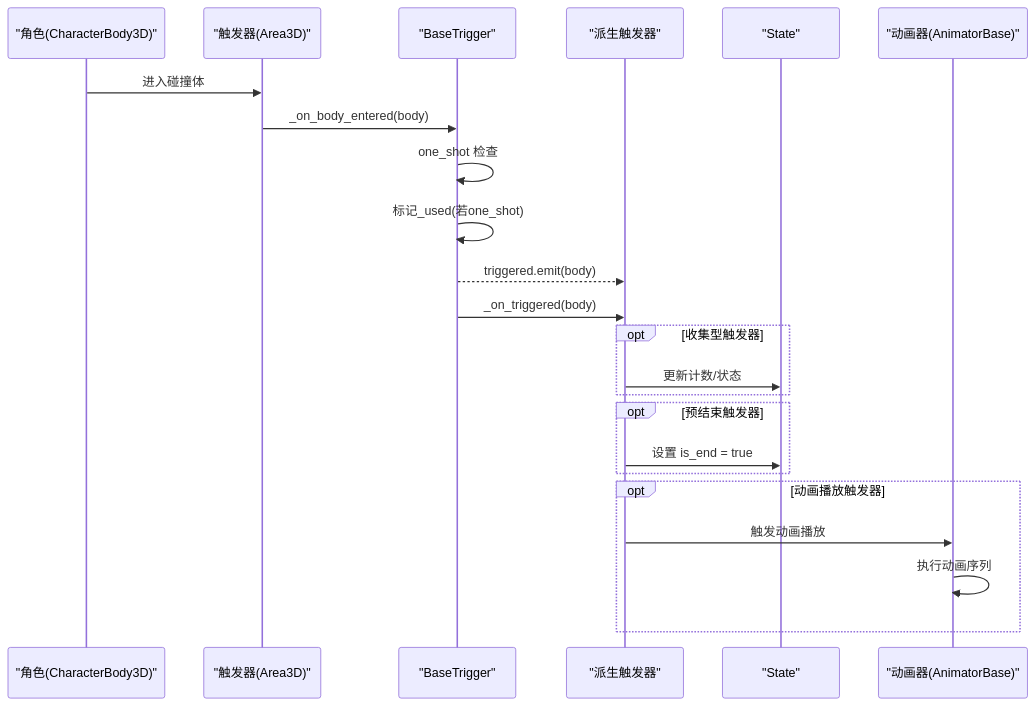
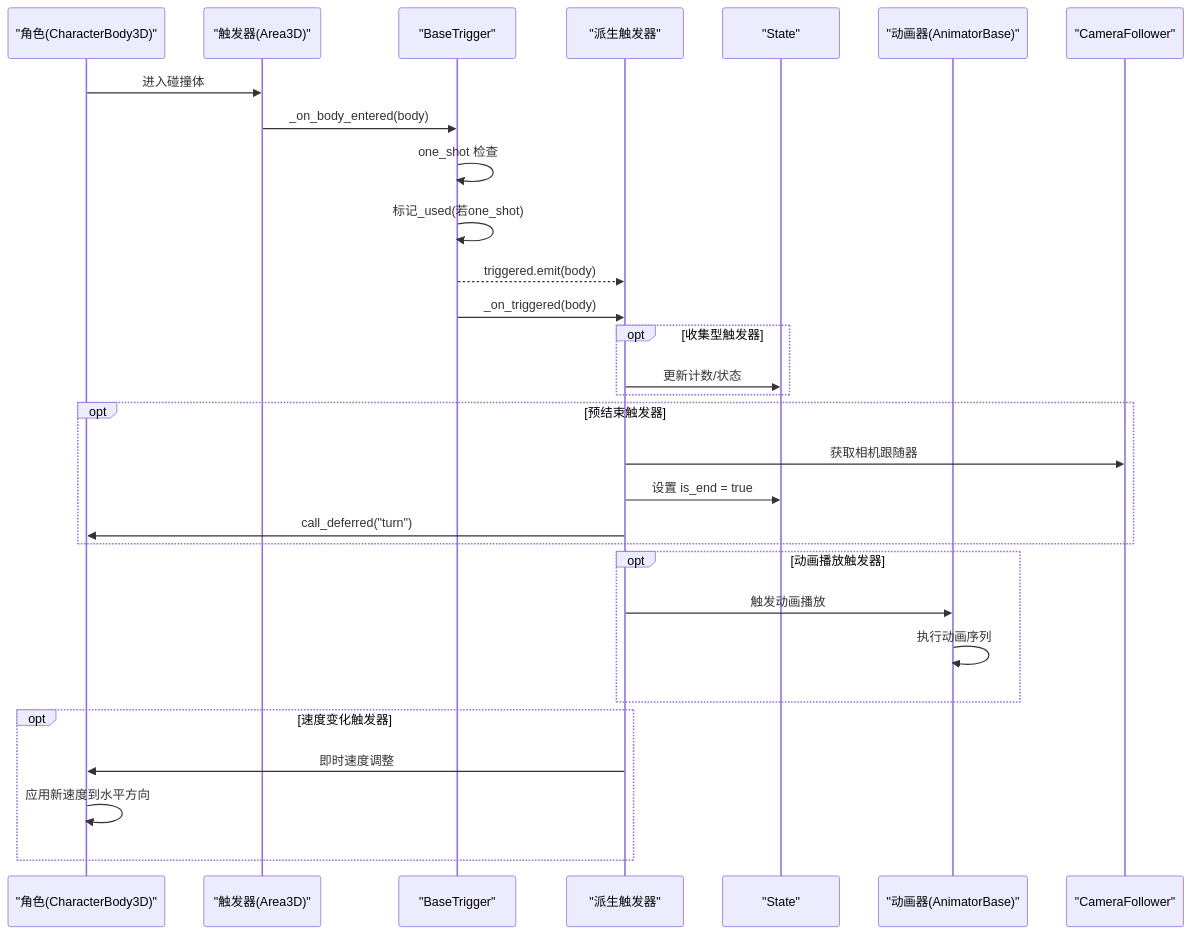
The second of 13 diagrams in .qoder/repowiki/zh/content/游戏系统/触发器系统/触发器系统.md (godotline/godot-line), drawn with Mermaid before and after one commit. The commit also changed other lines of this file and 44 other files, not shown here.

````diff
--- a/.qoder/repowiki/zh/content/游戏系统/触发器系统/触发器系统.md
+++ b/.qoder/repowiki/zh/content/游戏系统/触发器系统/触发器系统.md
@@ -166,25 +174,32 @@
 ```mermaid
 sequenceDiagram
 participant Player as "角色(CharacterBody3D)"
 participant Trigger as "触发器(Area3D)"
 participant Base as "BaseTrigger"
 participant Child as "派生触发器"
 participant State as "State"
 participant Animator as "动画器(AnimatorBase)"
+participant Camera as "CameraFollower"
 Player->>Trigger : 进入碰撞体
 Trigger->>Base : _on_body_entered(body)
 Base->>Base : one_shot 检查
 Base->>Base : 标记_used(若one_shot)
 Base-->>Child : triggered.emit(body)
 Base->>Child : _on_triggered(body)
 opt 收集型触发器
 Child->>State : 更新计数/状态
 end
 opt 预结束触发器
+Child->>Camera : 获取相机跟随器
 Child->>State : 设置 is_end = true
+Child->>Player : call_deferred("turn")
 end
 opt 动画播放触发器
 Child->>Animator : 触发动画播放
 Animator->>Animator : 执行动画序列
 end
+opt 速度变化触发器
+Child->>Player : 即时速度调整
+Player->>Player : 应用新速度到水平方向
+end
 ```
````
